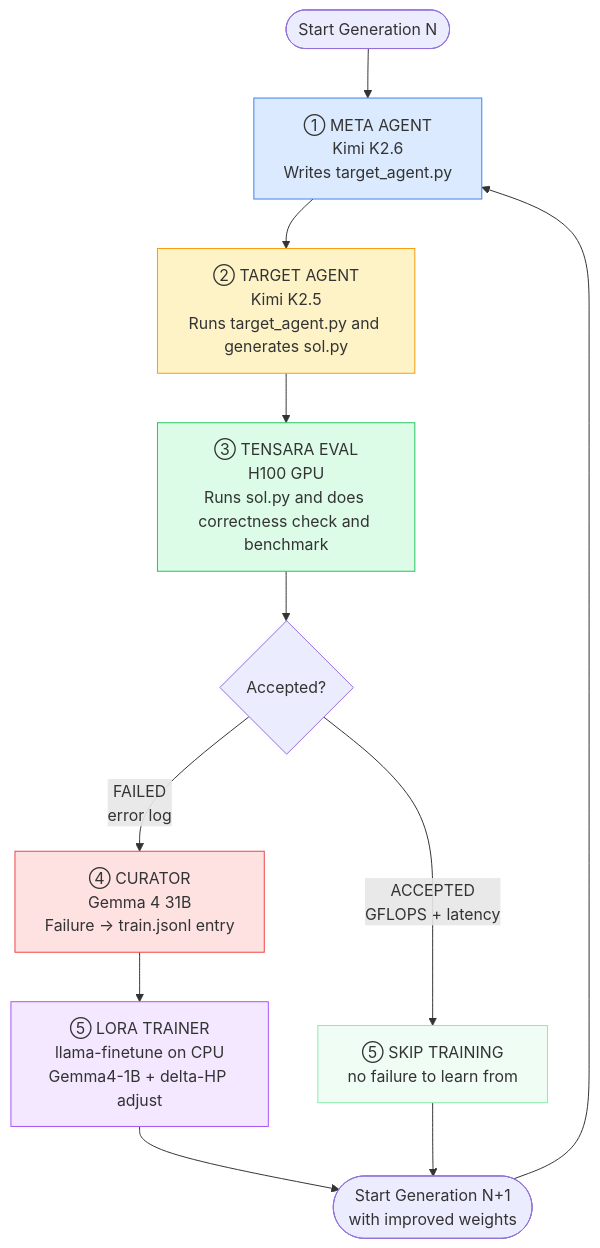
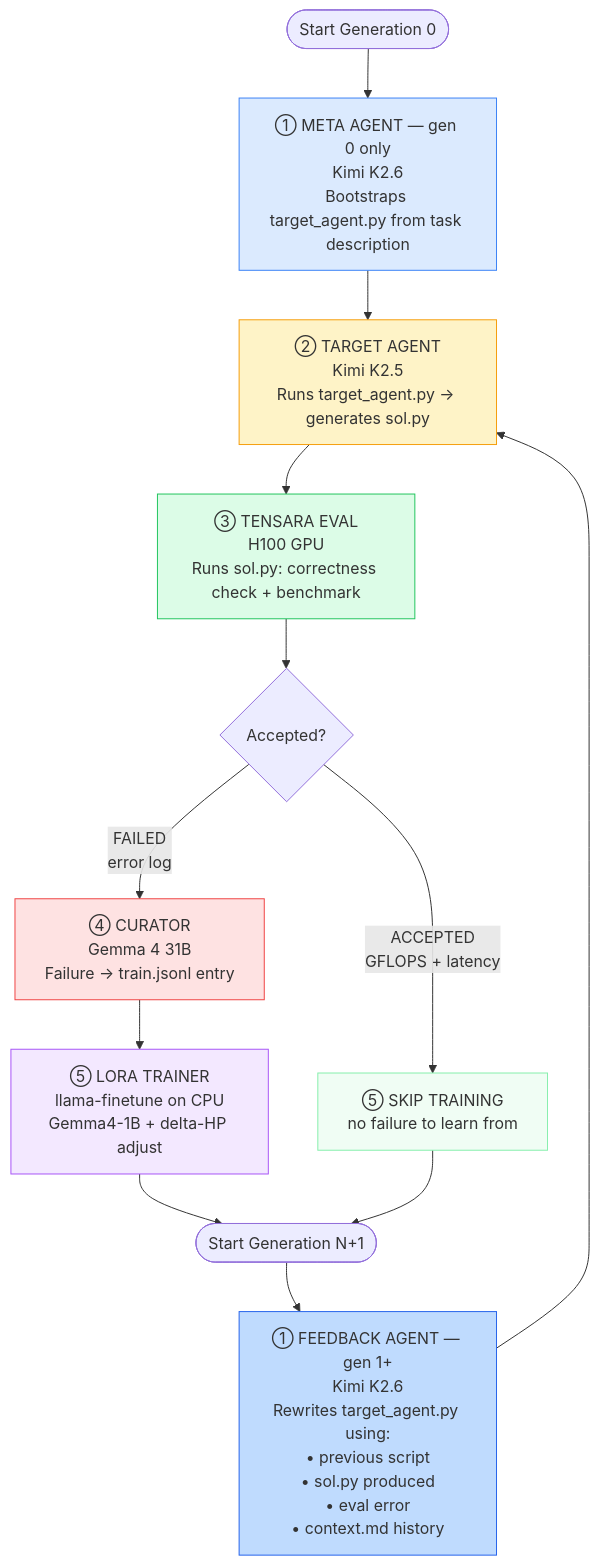
The diagram in README.md (whatdhack/recursive-self-improvement), drawn with Mermaid before and after one commit. The commit also changed other lines of this file, not shown here.

First line of the commit message:
docs: update README with feedback agent architecture

````diff
--- a/README.md
+++ b/README.md
@@ -11,35 +11,39 @@
 ```mermaid
 flowchart TD
-    A([Start Generation N]) --> B
+    A([Start Generation 0]) --> B
 
-    B["① META AGENT\nKimi K2.6\nWrites target_agent.py"]
+    B["① META AGENT — gen 0 only\nKimi K2.6\nBootstraps target_agent.py from task description"]
     B --> C
 
-    C["② TARGET AGENT\nKimi K2.5\nRuns target_agent.py and generates sol.py"]
+    B2["① FEEDBACK AGENT — gen 1+\nKimi K2.6\nRewrites target_agent.py using:\n• previous script\n• sol.py produced\n• eval error\n• context.md history"]
+    B2 --> C
+
+    C["② TARGET AGENT\nKimi K2.5\nRuns target_agent.py → generates sol.py"]
     C --> D
 
-    D["③ TENSARA EVAL\nH100 GPU\nRuns sol.py and does correctness check and benchmark"]
+    D["③ TENSARA EVAL\nH100 GPU\nRuns sol.py: correctness check + benchmark"]
     D --> E{Accepted?}
 
     E -- "ACCEPTED\nGFLOPS + latency" --> F2
     E -- "FAILED\nerror log" --> F1
 
     F1["④ CURATOR\nGemma 4 31B\nFailure → train.jsonl entry"]
     F1 --> G
 
     G["⑤ LORA TRAINER\nllama-finetune on CPU\nGemma4-1B + delta-HP adjust"]
     G --> H
 
     F2["⑤ SKIP TRAINING\nno failure to learn from"]
     F2 --> H
 
-    H([Start Generation N+1\nwith improved weights])
-    H --> B
+    H([Start Generation N+1])
+    H --> B2
 
     style B fill:#dbeafe,stroke:#3b82f6
+    style B2 fill:#bfdbfe,stroke:#2563eb
     style C fill:#fef3c7,stroke:#f59e0b
     style D fill:#dcfce7,stroke:#22c55e
     style F1 fill:#fee2e2,stroke:#ef4444
     style G fill:#f3e8ff,stroke:#a855f7
     style F2 fill:#f0fdf4,stroke:#86efac
 ```
````
